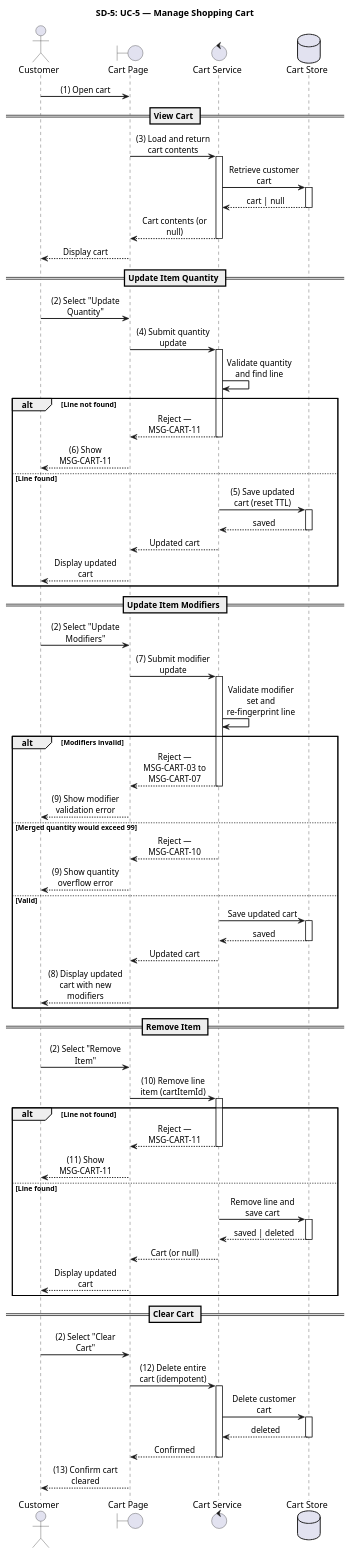
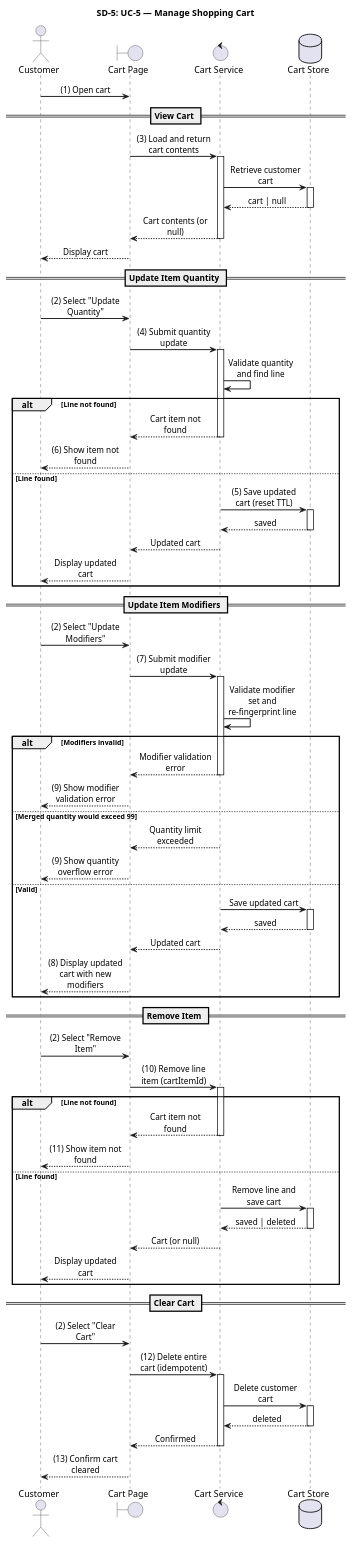
Before and after one commit to luubinhdeptrai/Food_Delivery: the fifth of 35 diagrams in apps/api/docs/Final_Documents/SRS_SequenceDiagrams.md, drawn with PlantUML. The commit also changed other lines of this file, not shown here.

Commit message:
complete sequence diagram

```diff
--- a/apps/api/docs/Final_Documents/SRS_SequenceDiagrams.md
+++ b/apps/api/docs/Final_Documents/SRS_SequenceDiagrams.md
@@ -330,9 +339,9 @@
 CartSvc -> CartSvc : Validate quantity and find line
 
 alt Line not found
-    CartSvc --> UI : Reject — MSG-CART-11
+    CartSvc --> UI : Cart item not found
     deactivate CartSvc
-    UI --> Actor : (6) Show MSG-CART-11
+    UI --> Actor : (6) Show item not found
 else Line found
     CartSvc -> CartStore : (5) Save updated cart (reset TTL)
     activate CartStore
@@ -352,11 +361,11 @@
 CartSvc -> CartSvc : Validate modifier set and re-fingerprint line
 
 alt Modifiers invalid
-    CartSvc --> UI : Reject — MSG-CART-03 to MSG-CART-07
+    CartSvc --> UI : Modifier validation error
     deactivate CartSvc
     UI --> Actor : (9) Show modifier validation error
 else Merged quantity would exceed 99
-    CartSvc --> UI : Reject — MSG-CART-10
+    CartSvc --> UI : Quantity limit exceeded
     deactivate CartSvc
     UI --> Actor : (9) Show quantity overflow error
 else Valid
@@ -376,9 +385,9 @@
 activate CartSvc
 
 alt Line not found
-    CartSvc --> UI : Reject — MSG-CART-11
+    CartSvc --> UI : Cart item not found
     deactivate CartSvc
-    UI --> Actor : (11) Show MSG-CART-11
+    UI --> Actor : (11) Show item not found
 else Line found
     CartSvc -> CartStore : Remove line and save cart
     activate CartStore
```
